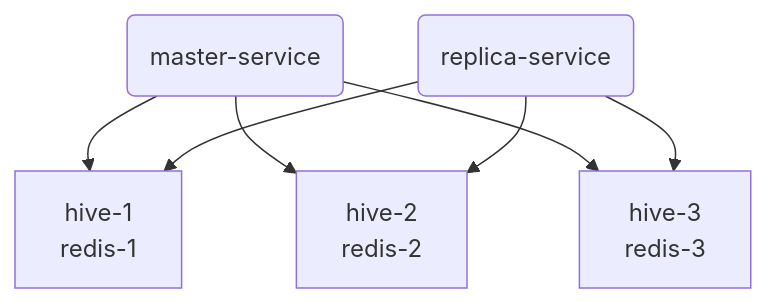
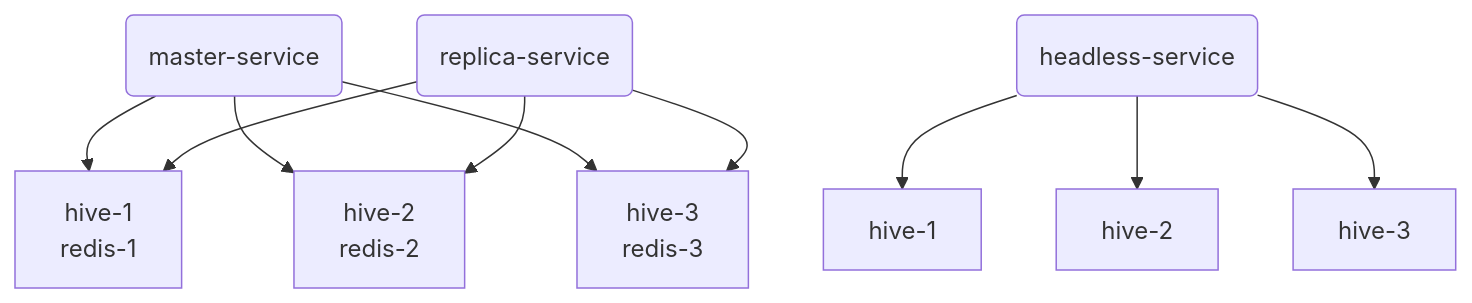
The third of 4 diagrams in README.md (ryancalhoun/redis-hive), drawn with Mermaid before and after one commit.

````diff
--- a/README.md
+++ b/README.md
@@ -54,10 +54,14 @@
 ```mermaid
 graph TD;
-  p(master-service)-->h1[hive-1<br>redis-1];
-  p-->h2[hive-2<br>redis-2];
-  p-->h3[hive-3<br>redis-3];
+  p(master-service)-->p1[hive-1<br>redis-1];
+  p-->p2[hive-2<br>redis-2];
+  p-->p3[hive-3<br>redis-3];
 
-  r(replica-service)-->h1;
-  r-->h2;
-  r-->h3;
+  r(replica-service)-->p1;
+  r-->p2;
+  r-->p3;
+
+  s(headless-service)-->h1[hive-1]
+  s-->h2[hive-2]
+  s-->h3[hive-3]
 ```
````
